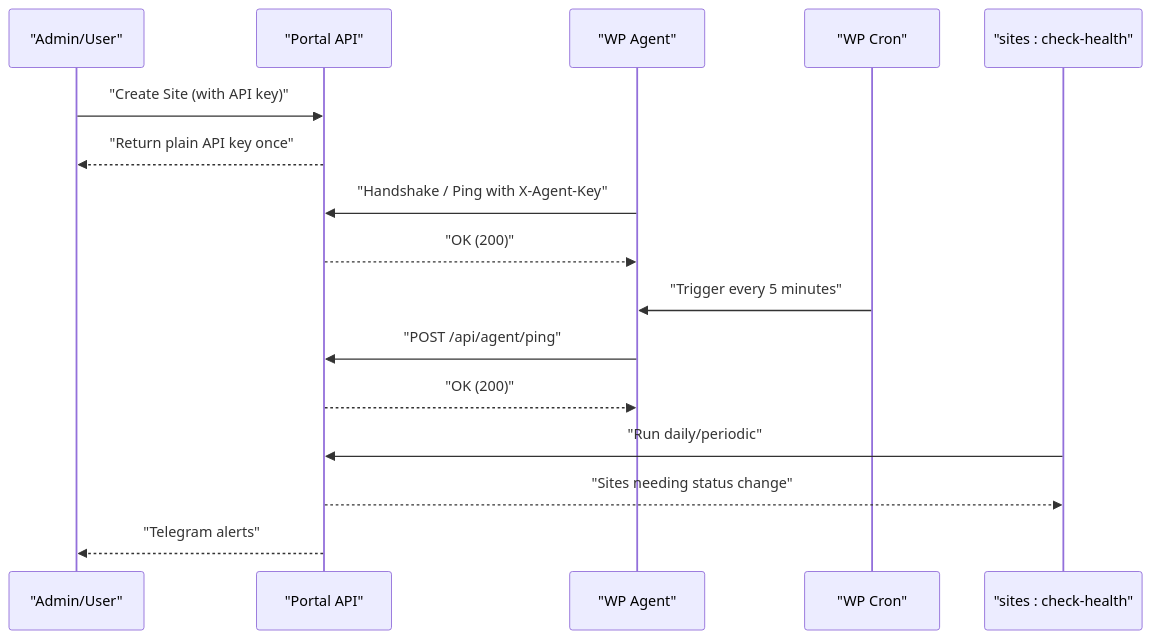
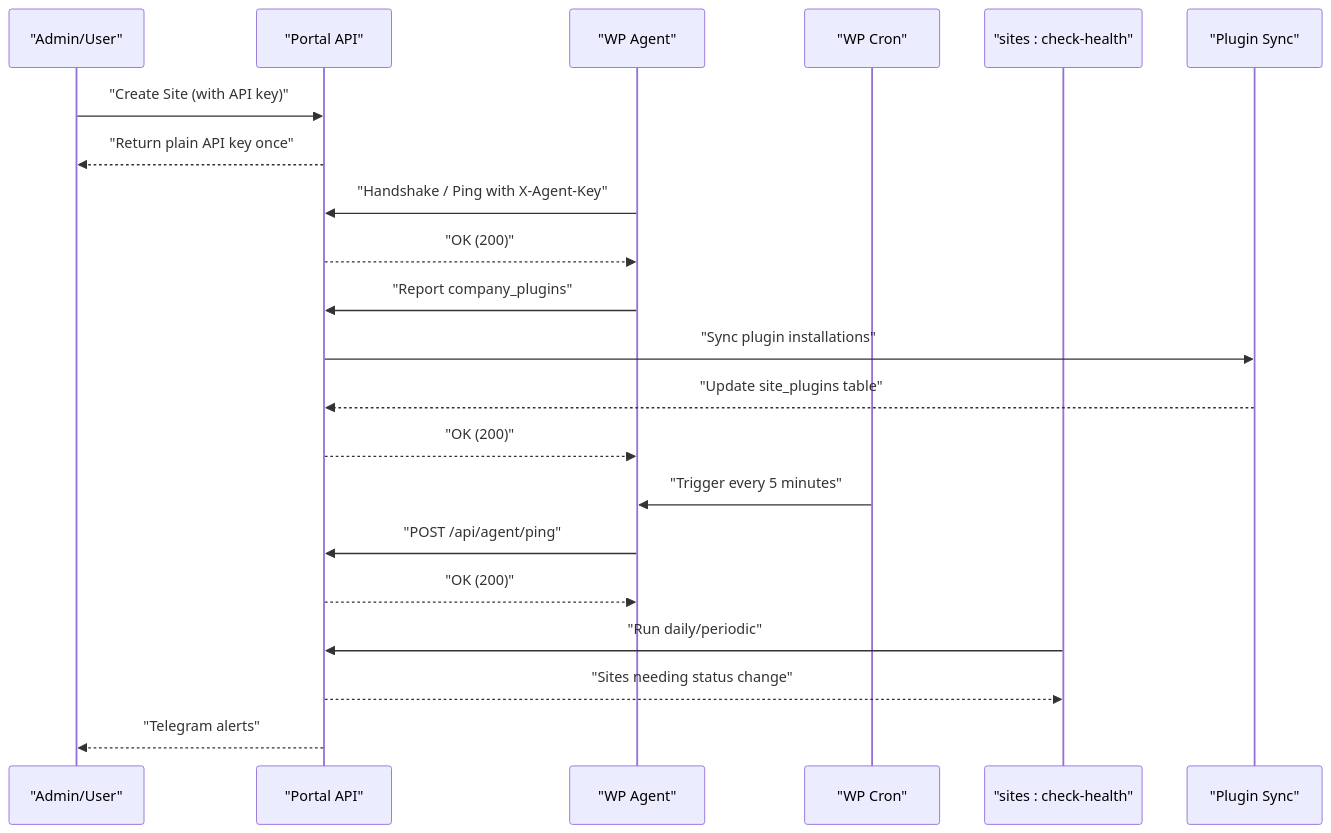
Before and after one commit to FCS-WP/website_portal: the second of 12 diagrams in .qoder/repowiki/en/content/Site Management System/Site Management System.md, drawn with Mermaid. The commit also changed other lines of this file and 89 other files, not shown here.

````diff
--- a/.qoder/repowiki/en/content/Site Management System/Site Management System.md
+++ b/.qoder/repowiki/en/content/Site Management System/Site Management System.md
@@ -126,18 +173,23 @@
 ```mermaid
 sequenceDiagram
 participant Admin as "Admin/User"
 participant Portal as "Portal API"
 participant Agent as "WP Agent"
 participant Cron as "WP Cron"
 participant Health as "sites : check-health"
+participant PluginSync as "Plugin Sync"
 Admin->>Portal : "Create Site (with API key)"
 Portal-->>Admin : "Return plain API key once"
 Agent->>Portal : "Handshake / Ping with X-Agent-Key"
+Portal-->>Agent : "OK (200)"
+Agent->>Portal : "Report company_plugins"
+Portal->>PluginSync : "Sync plugin installations"
+PluginSync-->>Portal : "Update site_plugins table"
 Portal-->>Agent : "OK (200)"
 Cron->>Agent : "Trigger every 5 minutes"
 Agent->>Portal : "POST /api/agent/ping"
 Portal-->>Agent : "OK (200)"
 Health->>Portal : "Run daily/periodic"
 Portal-->>Health : "Sites needing status change"
 Portal-->>Admin : "Telegram alerts"
 ```
````
